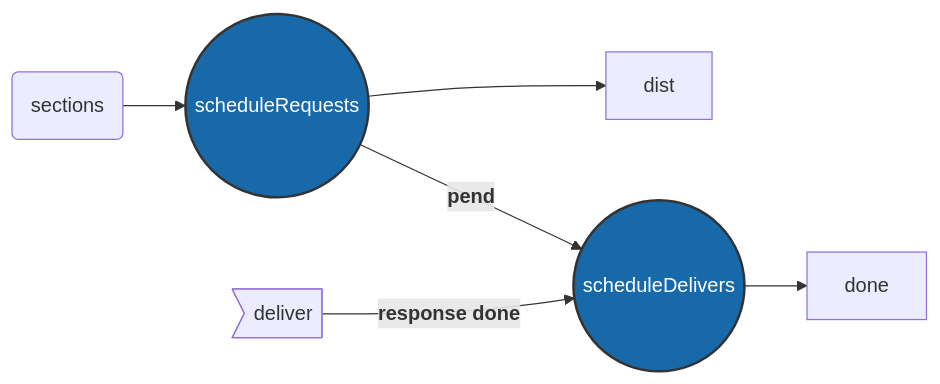
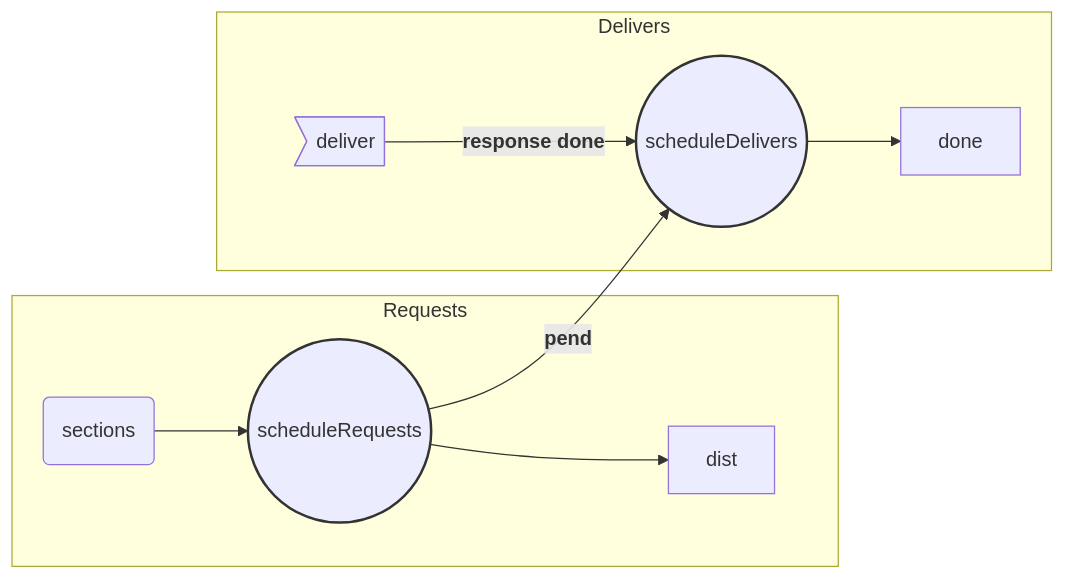
One commit to agiletechvn/go-ethereum-code-analysis changed the diagram in core-bloombits-analysis.md. Above: the diagram before and after it, drawn with Mermaid.

Commit message:
update subgraph for core-bloombits

````diff
--- a/core-bloombits-analysis.md
+++ b/core-bloombits-analysis.md
@@ -97,14 +97,17 @@
 ```mermaid
 graph LR
 
-	id1(sections) --> id2((scheduleRequests))
-	id2 --> dist
+	subgraph Requests
+		id1(sections) --> id2((scheduleRequests))
+		id2 --> dist
+	end
 
-	id2 --<b>pend</b>--> id3((scheduleDelivers))
-	id4>deliver] --<b>response done</b>--> id3
-	id3 --> done
+	subgraph Delivers
+		id2 --<b>pend</b>--> id3((scheduleDelivers))
+		id4>deliver] --<b>response done</b>--> id3
+		id3 --> done
+	end
 
-	classDef blue fill:#1769aa,stroke:#333,stroke-width:2px,color:#fff;
-	class id3,id2 blue
-
+	style id2 stroke: #333, stroke-width:2px;
+	style id3 stroke: #333, stroke-width:2px;
 ```
````
